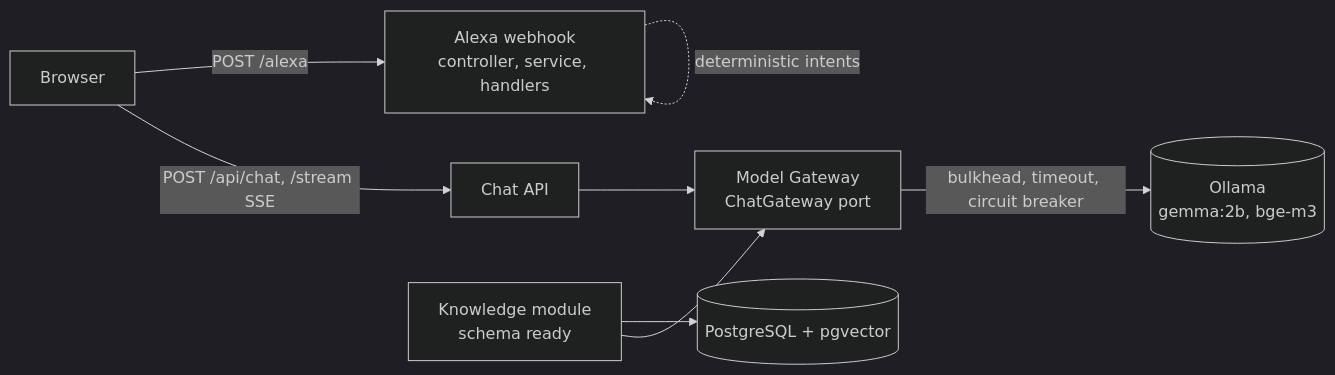
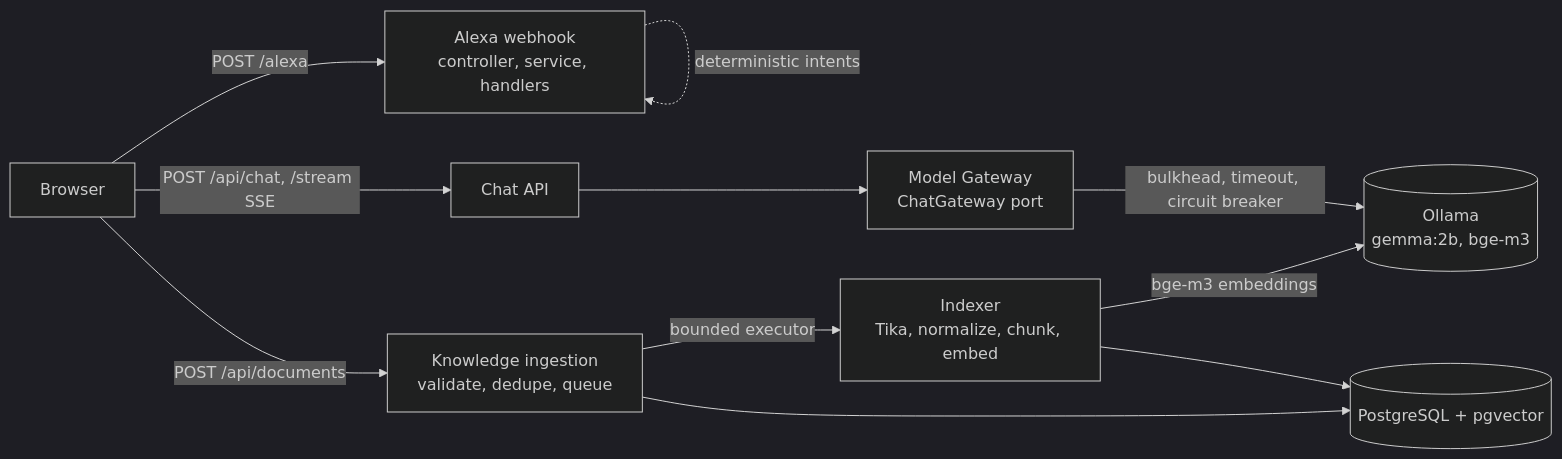
The diagram in ARCHITECTURE.md (skpradhan-repo/spring-boot-alexa-starter), drawn with Mermaid (dark theme) before and after one commit. The commit also changed other lines of this file and 36 other files, not shown here.

Commit message:
Add document ingestion pipeline: upload, extraction, chunking, embeddings and tests

````diff
--- a/ARCHITECTURE.md
+++ b/ARCHITECTURE.md
@@ -11,10 +11,13 @@
 ```mermaid
 flowchart LR
     Browser -->|POST /alexa| Alexa[Alexa webhook<br/>controller, service, handlers]
     Browser -->|POST /api/chat, /stream SSE| Chat[Chat API]
     Chat --> Gateway[Model Gateway<br/>ChatGateway port]
     Gateway -->|bulkhead, timeout, circuit breaker| Ollama[(Ollama<br/>gemma:2b, bge-m3)]
     Alexa -. deterministic intents .-> Alexa
-    Knowledge[Knowledge module<br/>schema ready] --> PG[(PostgreSQL + pgvector)]
-    Knowledge --> Gateway
+    Browser -->|POST /api/documents| Ingest[Knowledge ingestion<br/>validate, dedupe, queue]
+    Ingest -->|bounded executor| Indexer[Indexer<br/>Tika, normalize, chunk, embed]
+    Indexer -->|bge-m3 embeddings| Ollama
+    Indexer --> PG[(PostgreSQL + pgvector)]
+    Ingest --> PG
 ```
````
